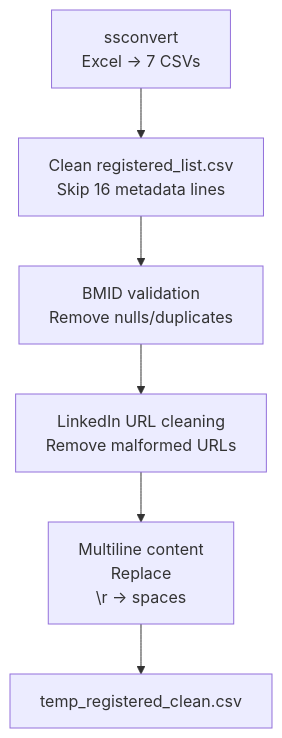
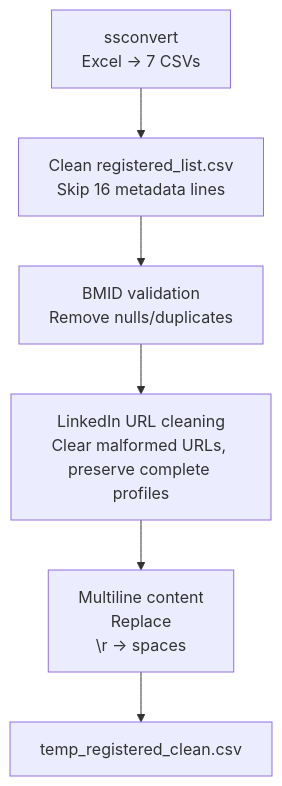
One commit to frankterpo/clay_gtm changed the second of 3 diagrams in README.md. Above: the diagram before and after it, drawn with Mermaid. The commit also changed other lines of this file and 1 other file, not shown here.

First line of the commit message:
🔗 FIX LINKEDIN CLEANING LOGIC - Preserve complete URLs for Clay enrichment

````diff
--- a/README.md
+++ b/README.md
@@ -53,8 +53,8 @@
 ```mermaid
 flowchart TD
     A[ssconvert<br/>Excel → 7 CSVs] --> B[Clean registered_list.csv<br/>Skip 16 metadata lines]
     B --> C[BMID validation<br/>Remove nulls/duplicates]
-    C --> D[LinkedIn URL cleaning<br/>Remove malformed URLs]
+    C --> D[LinkedIn URL cleaning<br/>Clear malformed URLs, preserve complete profiles]
     D --> E[Multiline content<br/>Replace \n\r → spaces]
     E --> F[temp_registered_clean.csv]
 ```
````
